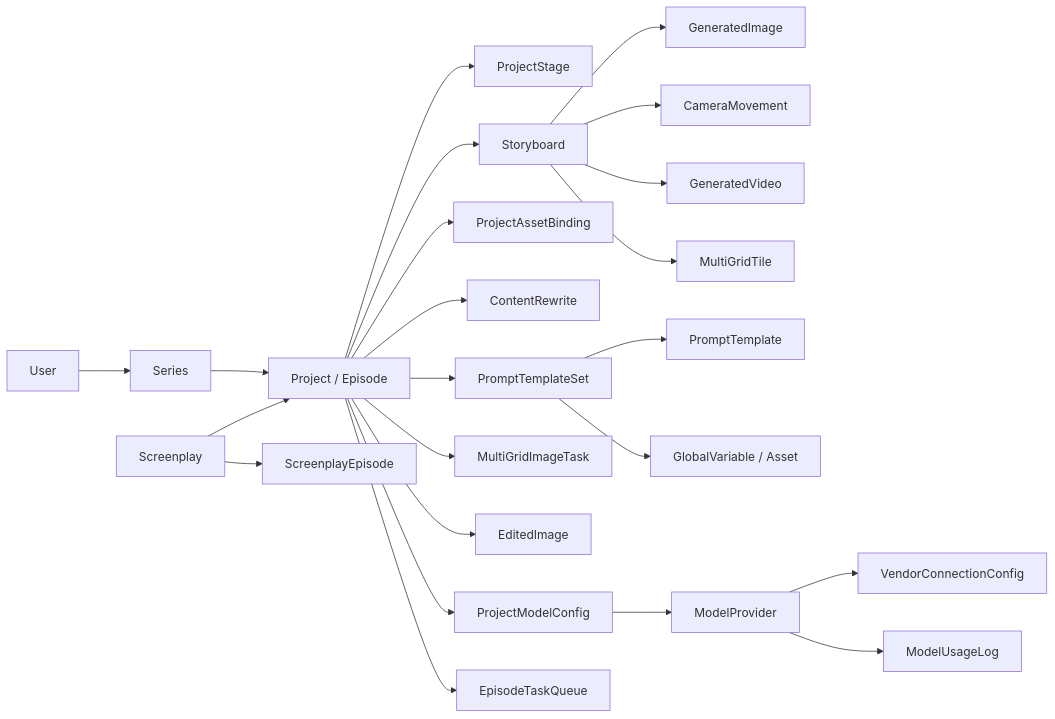
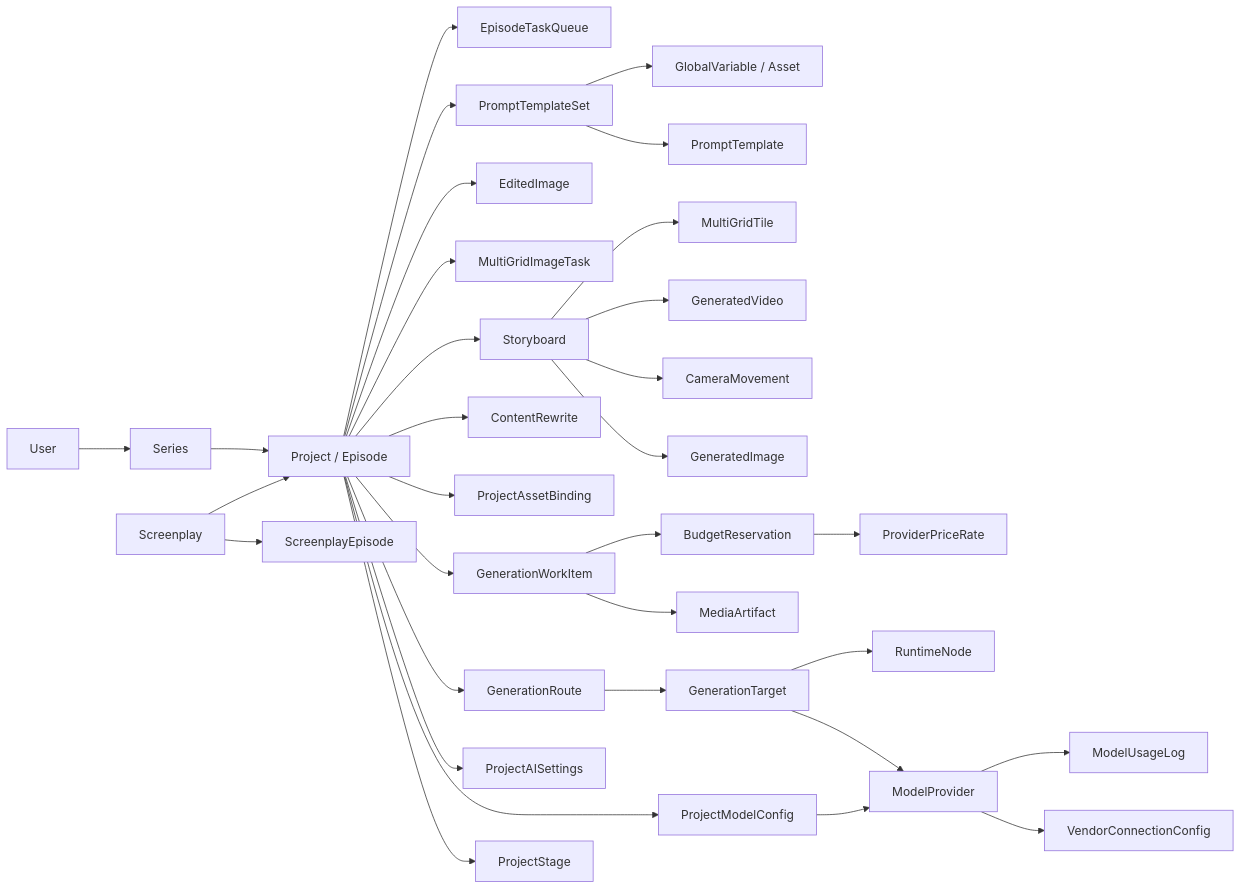
The first of 4 diagrams in docs/knowledge-graph.md (Joe5027/ai_story), drawn with Mermaid before and after one commit. The commit also changed other lines of this file and 189 other files, not shown here.

````diff
--- a/docs/knowledge-graph.md
+++ b/docs/knowledge-graph.md
@@ -7,25 +7,34 @@
 ```mermaid
 flowchart LR
   User["User"] --> Series["Series"]
   Series --> Project["Project / Episode"]
   Project --> ProjectStage["ProjectStage"]
   Project --> ProjectModelConfig["ProjectModelConfig"]
+  Project --> ProjectAISettings["ProjectAISettings"]
+  Project --> GenerationRoute["GenerationRoute"]
+  GenerationRoute --> GenerationTarget["GenerationTarget"]
+  GenerationTarget --> ModelProvider
+  GenerationTarget --> RuntimeNode["RuntimeNode"]
+  Project --> GenerationWorkItem["GenerationWorkItem"]
+  GenerationWorkItem --> MediaArtifact["MediaArtifact"]
+  GenerationWorkItem --> BudgetReservation["BudgetReservation"]
+  BudgetReservation --> ProviderPriceRate["ProviderPriceRate"]
   Project --> ProjectAssetBinding["ProjectAssetBinding"]
   Project --> ContentRewrite["ContentRewrite"]
   Project --> Storyboard["Storyboard"]
   Storyboard --> GeneratedImage["GeneratedImage"]
   Storyboard --> CameraMovement["CameraMovement"]
   Storyboard --> GeneratedVideo["GeneratedVideo"]
   Storyboard --> MultiGridTile["MultiGridTile"]
   Project --> MultiGridImageTask["MultiGridImageTask"]
   Project --> EditedImage["EditedImage"]
   Project --> PromptTemplateSet["PromptTemplateSet"]
   PromptTemplateSet --> PromptTemplate["PromptTemplate"]
   PromptTemplateSet --> GlobalVariable["GlobalVariable / Asset"]
   ProjectModelConfig --> ModelProvider["ModelProvider"]
   ModelProvider --> VendorConnectionConfig["VendorConnectionConfig"]
   ModelProvider --> ModelUsageLog["ModelUsageLog"]
   Project --> EpisodeTaskQueue["EpisodeTaskQueue"]
   Screenplay["Screenplay"] --> ScreenplayEpisode["ScreenplayEpisode"]
   Screenplay --> Project
 ```
````
